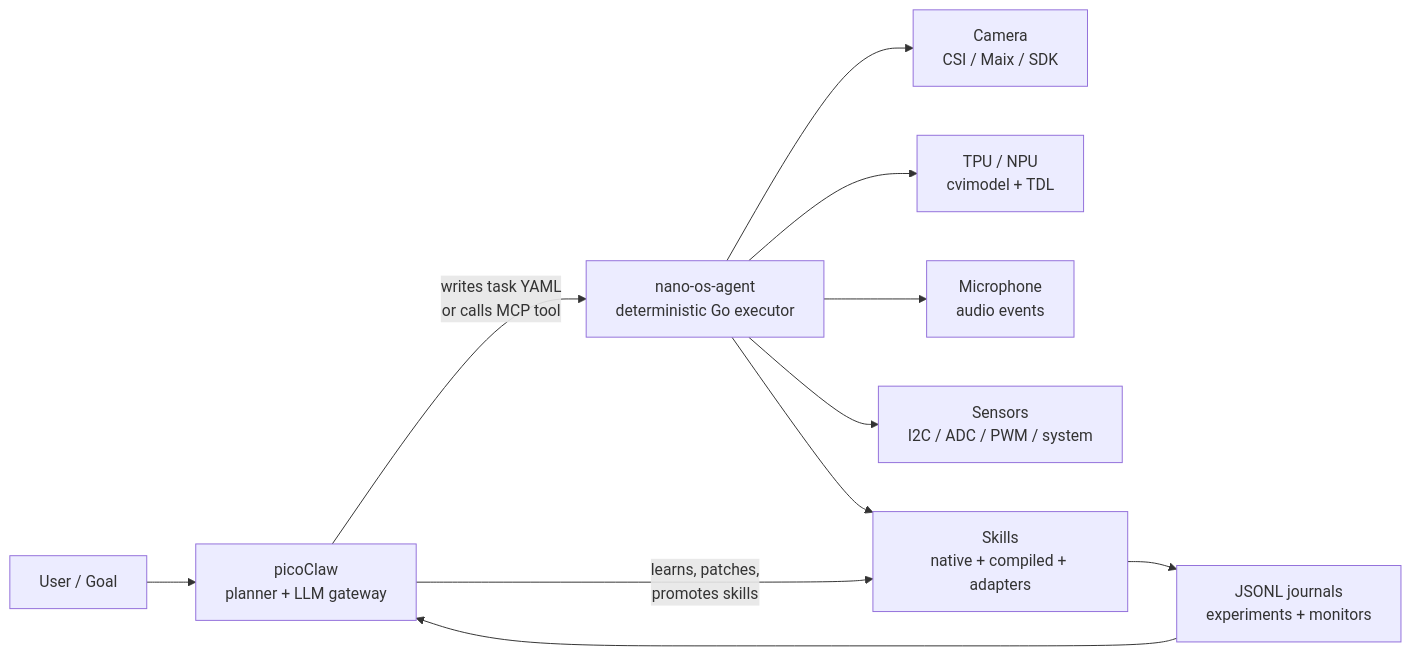
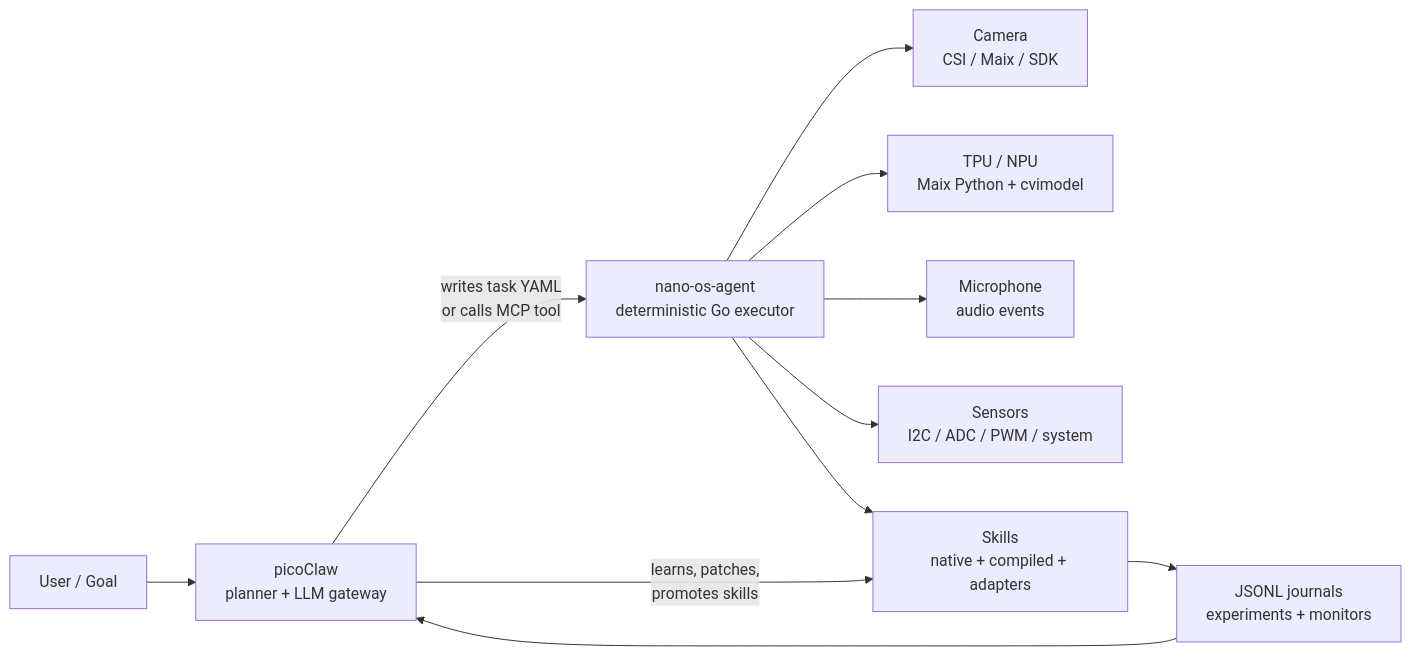
One commit to vbaulin/nora changed the first of 3 diagrams in README.md. Above: the diagram before and after it, drawn with Mermaid. The commit also changed other lines of this file and 16 other files, not shown here.

Commit message:
feat: refactor skill architecture, consolidate documentation, and implement new vineyard management automation scripts.

````diff
--- a/README.md
+++ b/README.md
@@ -52,13 +101,13 @@
 ```mermaid
 flowchart LR
     U["User / Goal"] --> P["picoClaw<br/>planner + LLM gateway"]
     P -->|"writes task YAML<br/>or calls MCP tool"| N["nano-os-agent<br/>deterministic Go executor"]
     N --> C["Camera<br/>CSI / Maix / SDK"]
-    N --> T["TPU / NPU<br/>cvimodel + TDL"]
+    N --> T["TPU / NPU<br/>Maix Python + cvimodel"]
     N --> M["Microphone<br/>audio events"]
     N --> S["Sensors<br/>I2C / ADC / PWM / system"]
     N --> K["Skills<br/>native + compiled + adapters"]
     K --> J["JSONL journals<br/>experiments + monitors"]
     J --> P
     P -->|"learns, patches,<br/>promotes skills"| K
 ```
````
